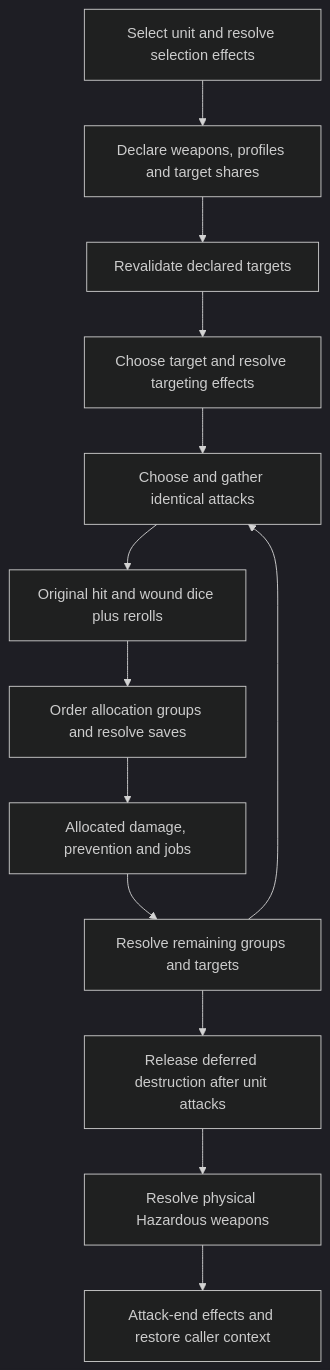
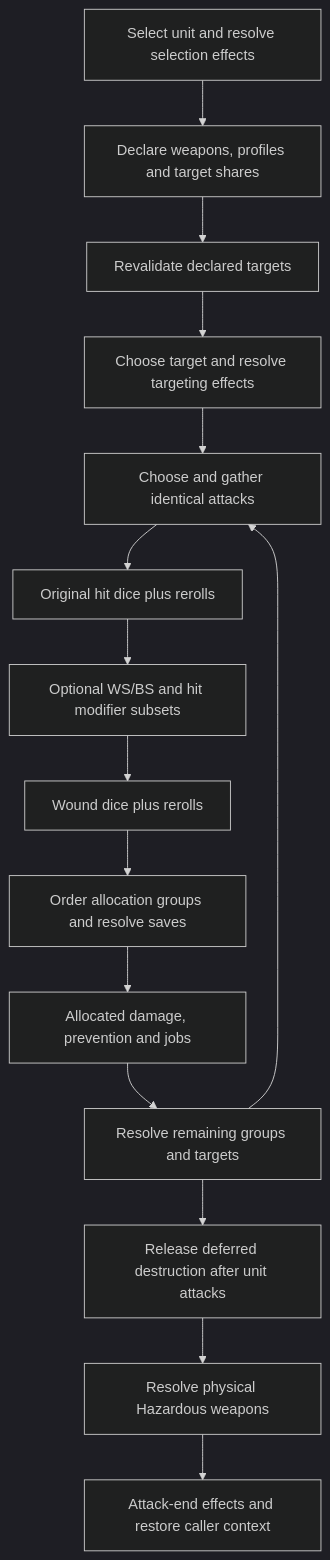
The third of 4 diagrams in doc/rulebook-architecture.md (rl-language/4Hammer), drawn with Mermaid (dark theme) before and after one commit. The commit also changed other lines of this file and 7 other files, not shown here.

Commit message:
Document modifier subset architecture, validation and remaining Orks scope

````diff
--- a/doc/rulebook-architecture.md
+++ b/doc/rulebook-architecture.md
@@ -236,15 +237,17 @@
 ```mermaid
 flowchart TD
     Select[Select unit and resolve selection effects] --> Declare[Declare weapons, profiles and target shares]
     Declare --> Viable[Revalidate declared targets]
     Viable --> Target[Choose target and resolve targeting effects]
     Target --> Group[Choose and gather identical attacks]
-    Group --> Rolls[Original hit and wound dice plus rerolls]
-    Rolls --> Allocate[Order allocation groups and resolve saves]
+    Group --> Rolls[Original hit dice plus rerolls]
+    Rolls --> Modifiers[Optional WS/BS and hit modifier subsets]
+    Modifiers --> Wounds[Wound dice plus rerolls]
+    Wounds --> Allocate[Order allocation groups and resolve saves]
     Allocate --> Damage[Allocated damage, prevention and jobs]
     Damage --> More[Resolve remaining groups and targets]
     More --> Group
     More --> Deaths[Release deferred destruction after unit attacks]
     Deaths --> Hazards[Resolve physical Hazardous weapons]
     Hazards --> Finish[Attack-end effects and restore caller context]
 ```
````
